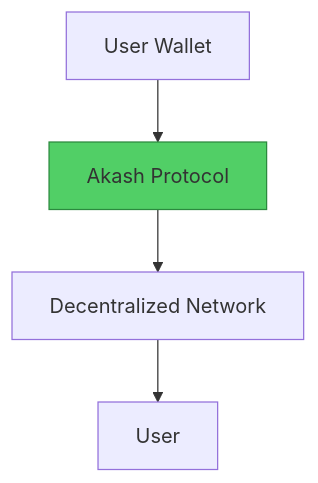
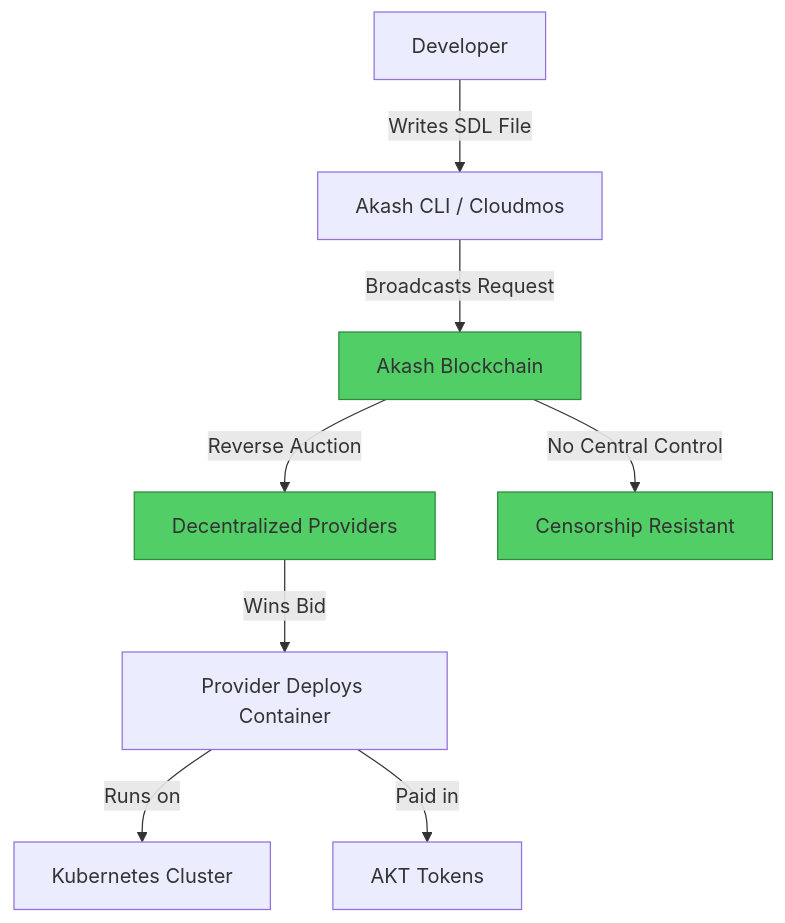
One commit to Elvatar2/Web2-To-Web3-Migration-Guide changed the second of 2 diagrams in 07-compute/01-aws-to-akash.md. Above: the diagram before and after it, drawn with Mermaid. The commit also changed other lines of this file, not shown here.

````diff
--- a/07-compute/01-aws-to-akash.md
+++ b/07-compute/01-aws-to-akash.md
@@ -63,8 +81,14 @@
 ```mermaid
 graph TB
-    A[User Wallet] --> B[Akash Protocol]
-    B --> C[Decentralized Network]
-    C --> D[User]
+    A[Developer] -->|Writes SDL File| B[Akash CLI / Cloudmos]
+    B -->|Broadcasts Request| C[Akash Blockchain]
+    C -->|Reverse Auction| D[Decentralized Providers]
+    D -->|Wins Bid| E[Provider Deploys Container]
+    E -->|Runs on| F[Kubernetes Cluster]
+    E -->|Paid in| G[AKT Tokens]
+    C -->|No Central Control| H[Censorship Resistant]
 
-    style B fill:#51cf66,stroke:#2b8a3e
+    style C fill:#51cf66,stroke:#2b8a3e
+    style D fill:#51cf66,stroke:#2b8a3e
+    style H fill:#51cf66,stroke:#2b8a3e
 ```
````
